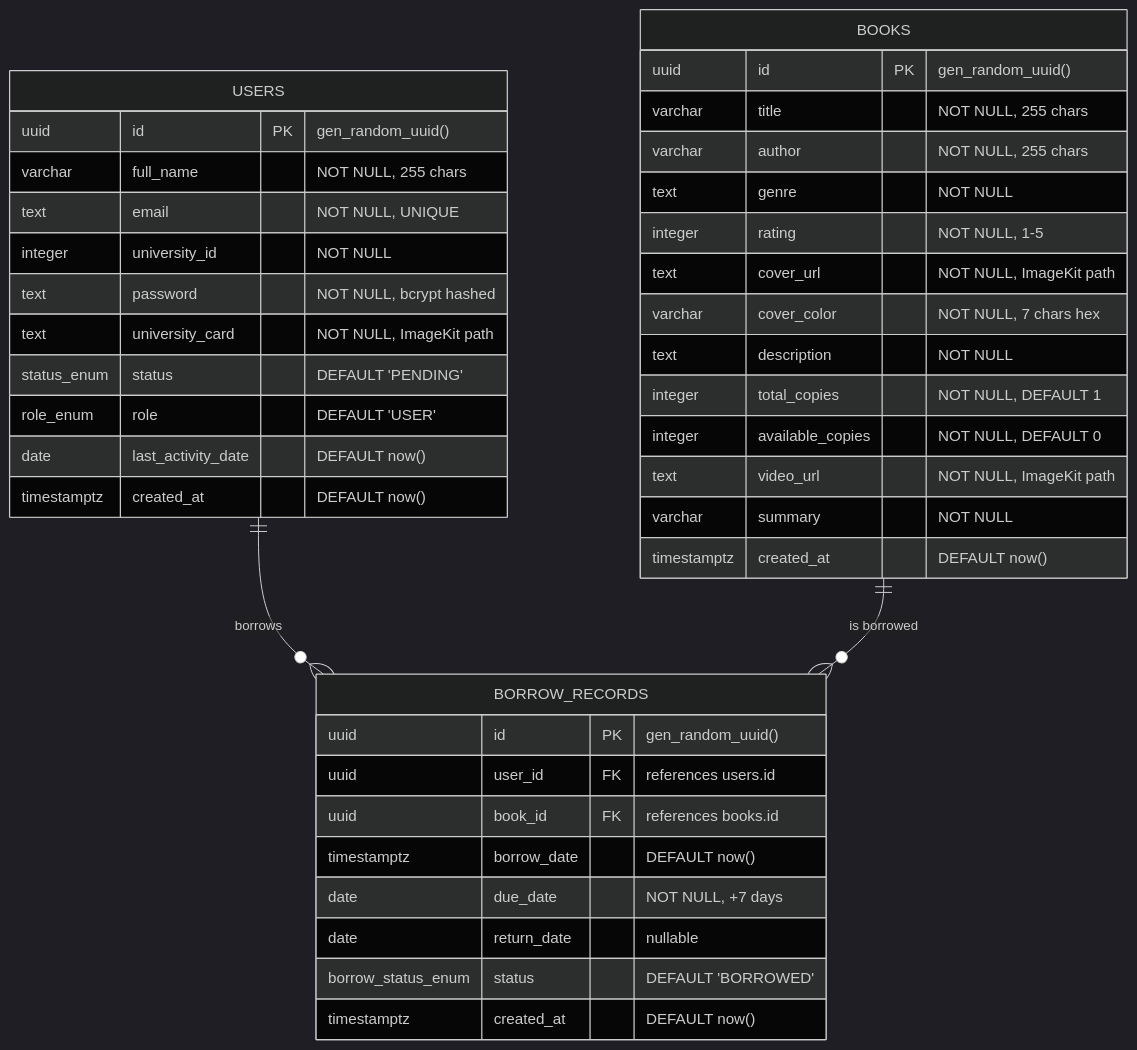
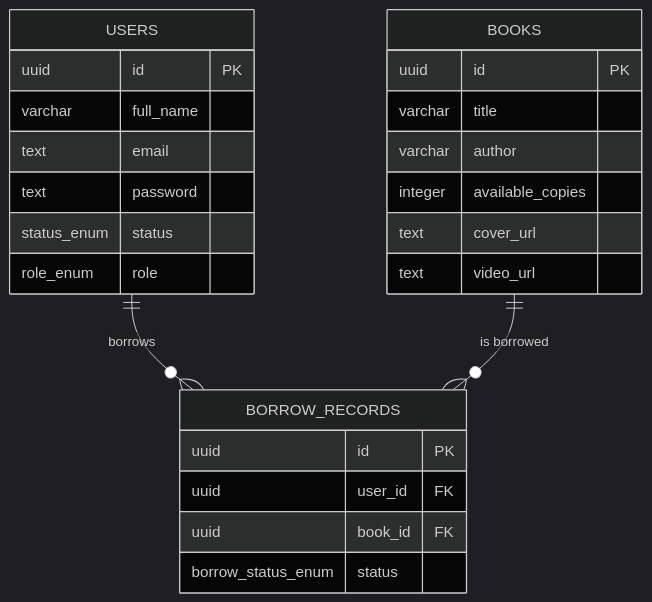
One commit to codesbysaravana/bookdom changed the second of 2 diagrams in README.md. Above: the diagram before and after it, drawn with Mermaid (dark theme). The commit also changed other lines of this file and 8 other files, not shown here.

````diff
--- a/README.md
+++ b/README.md
@@ -295,45 +80,30 @@
 ```mermaid
 erDiagram
     USERS ||--o{ BORROW_RECORDS : "borrows"
     BOOKS ||--o{ BORROW_RECORDS : "is borrowed"
 
     USERS {
-        uuid id PK "gen_random_uuid()"
-        varchar full_name "NOT NULL, 255 chars"
-        text email "NOT NULL, UNIQUE"
-        integer university_id "NOT NULL"
-        text password "NOT NULL, bcrypt hashed"
-        text university_card "NOT NULL, ImageKit path"
-        status_enum status "DEFAULT 'PENDING'"
-        role_enum role "DEFAULT 'USER'"
-        date last_activity_date "DEFAULT now()"
-        timestamptz created_at "DEFAULT now()"
+        uuid id PK
+        varchar full_name
+        text email
+        text password
+        status_enum status
+        role_enum role
     }
 
     BOOKS {
-        uuid id PK "gen_random_uuid()"
-        varchar title "NOT NULL, 255 chars"
-        varchar author "NOT NULL, 255 chars"
-        text genre "NOT NULL"
-        integer rating "NOT NULL, 1-5"
-        text cover_url "NOT NULL, ImageKit path"
-        varchar cover_color "NOT NULL, 7 chars hex"
-        text description "NOT NULL"
-        integer total_copies "NOT NULL, DEFAULT 1"
-        integer available_copies "NOT NULL, DEFAULT 0"
-        text video_url "NOT NULL, ImageKit path"
-        varchar summary "NOT NULL"
-        timestamptz created_at "DEFAULT now()"
+        uuid id PK
+        varchar title
+        varchar author
+        integer available_copies
+        text cover_url
+        text video_url
     }
 
     BORROW_RECORDS {
-        uuid id PK "gen_random_uuid()"
-        uuid user_id FK "references users.id"
-        uuid book_id FK "references books.id"
-        timestamptz borrow_date "DEFAULT now()"
-        date due_date "NOT NULL, +7 days"
-        date return_date "nullable"
-        borrow_status_enum status "DEFAULT 'BORROWED'"
-        timestamptz created_at "DEFAULT now()"
+        uuid id PK
+        uuid user_id FK
+        uuid book_id FK
+        borrow_status_enum status
     }
 ```
````
